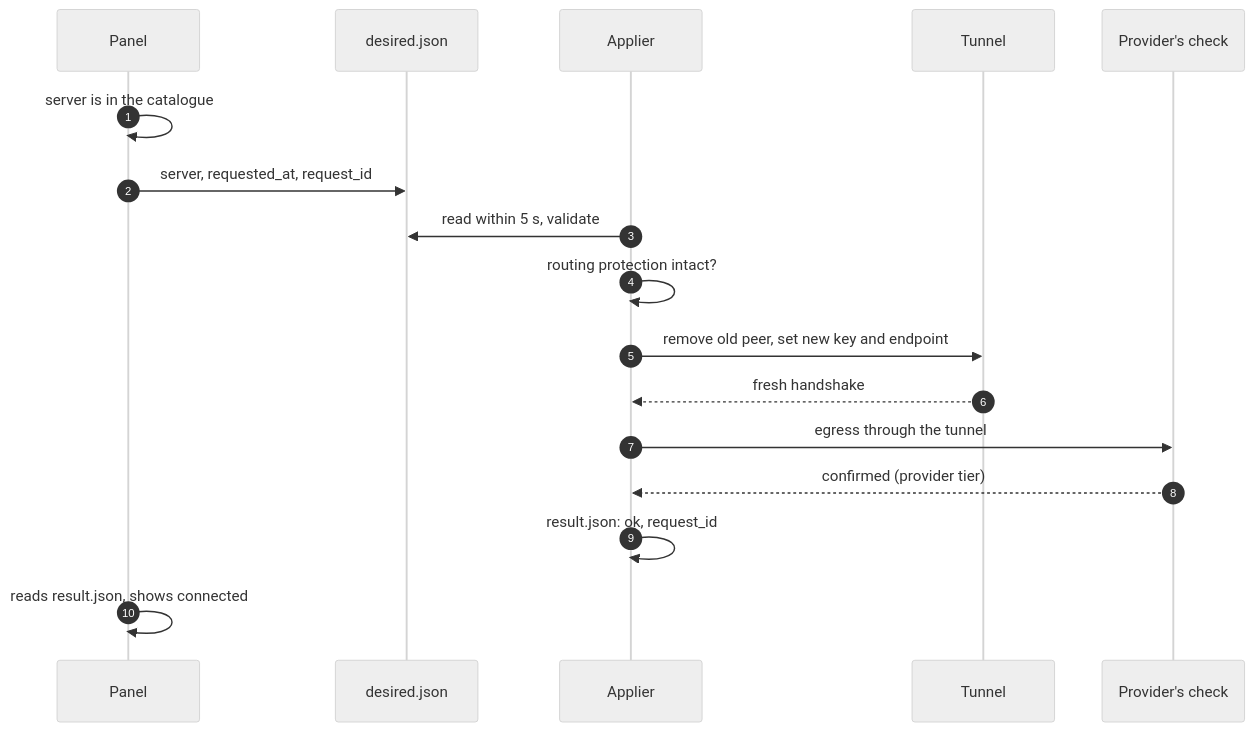
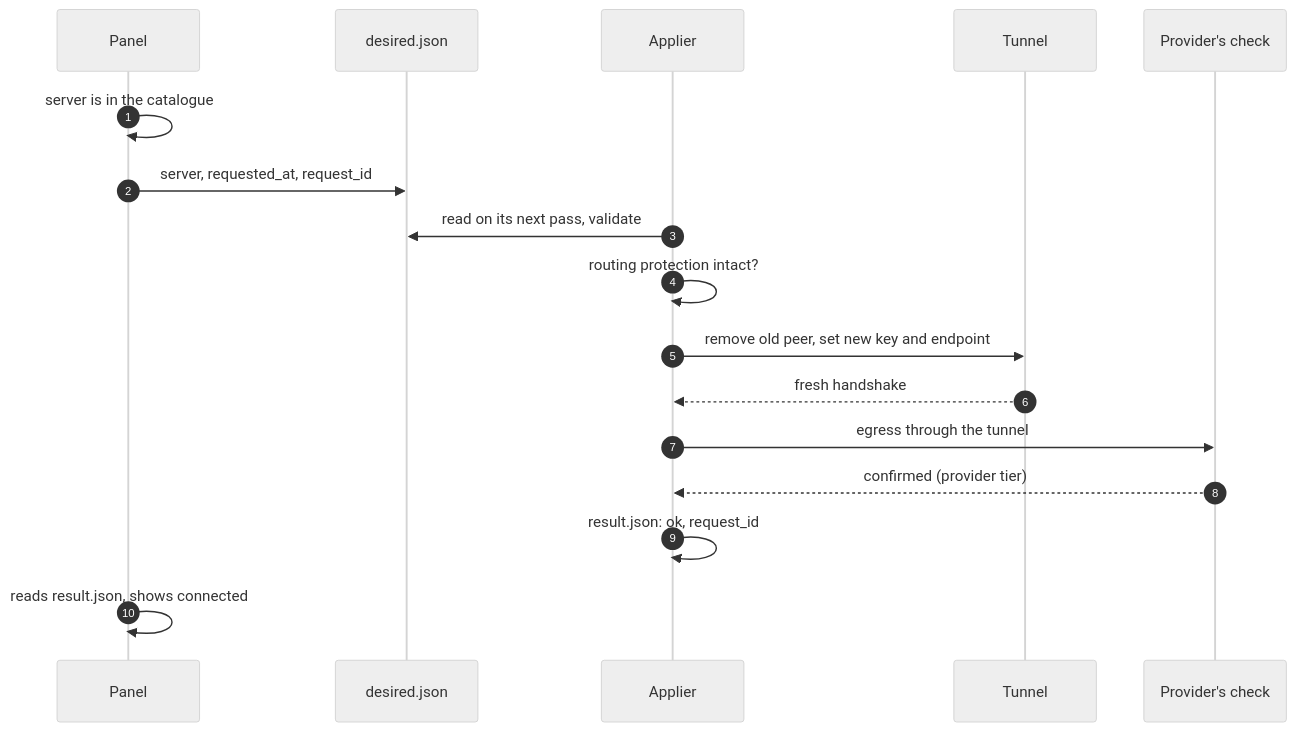
Before and after one commit to irashack/molebridge: the fifth of 5 diagrams in docs/architecture.md, drawn with Mermaid (neutral theme). The commit also changed other lines of this file and 20 other files, not shown here.

First line of the commit message:
docs: v0.6.0 accuracy pass, new tagline, diagrams, banner and screenshots

````diff
--- a/docs/architecture.md
+++ b/docs/architecture.md
@@ -884,19 +942,19 @@
 ```mermaid
 sequenceDiagram
     autonumber
     participant P as Panel
     participant D as desired.json
     participant A as Applier
     participant T as Tunnel
     participant E as Provider's check
     P->>P: server is in the catalogue
     P->>D: server, requested_at, request_id
-    A->>D: read within 5 s, validate
+    A->>D: read on its next pass, validate
     A->>A: routing protection intact?
     A->>T: remove old peer, set new key and endpoint
     T-->>A: fresh handshake
     A->>E: egress through the tunnel
     E-->>A: confirmed (provider tier)
     A->>A: result.json: ok, request_id
     P->>P: reads result.json, shows connected
 ```
````
